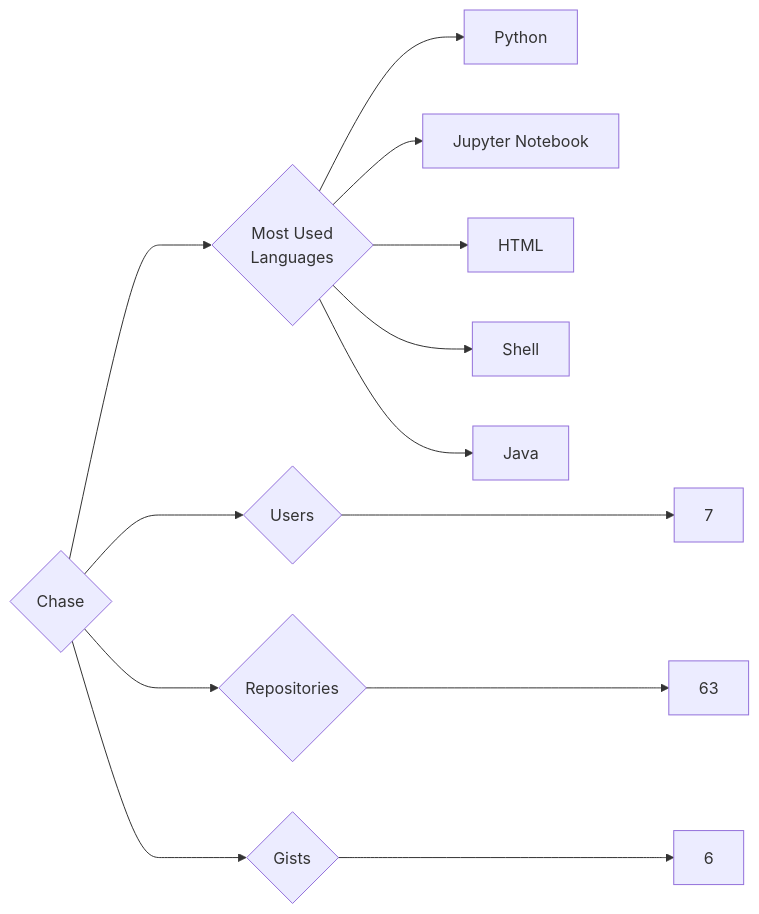
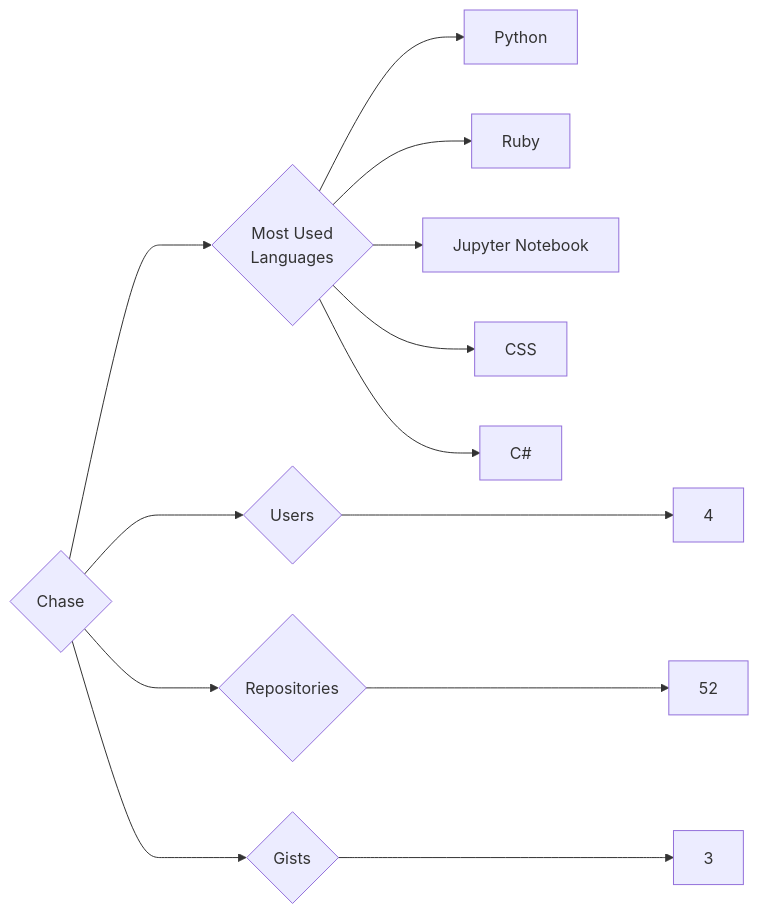
The diagram in targets/Chase/README.md (trickest/insiders), drawn with Mermaid before and after one commit. The commit also changed 1238 other files, not shown here.

````diff
--- a/targets/Chase/README.md
+++ b/targets/Chase/README.md
@@ -3,13 +3,13 @@
 ```mermaid
 graph LR
 COMPANY_NAME{Chase}
-COMPANY_NAME ---> U{Users} ---> UN[7]
-COMPANY_NAME ---> R{Repositories} ---> RN[63]
-COMPANY_NAME ---> G{Gists} ---> GN[6]
+COMPANY_NAME ---> U{Users} ---> UN[4]
+COMPANY_NAME ---> R{Repositories} ---> RN[52]
+COMPANY_NAME ---> G{Gists} ---> GN[3]
 COMPANY_NAME ---> ML{Most Used<br>Languages}
 ML --> Python[Python]
+ML --> Ruby[Ruby]
 ML --> Jupyter_Notebook[Jupyter Notebook]
-ML --> HTML[HTML]
-ML --> Shell[Shell]
-ML --> Java[Java]
+ML --> CSS[CSS]
+ML --> C#[C#]
 ```
````
